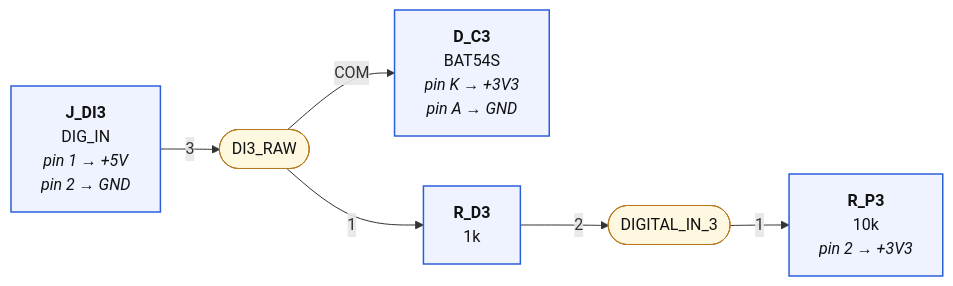
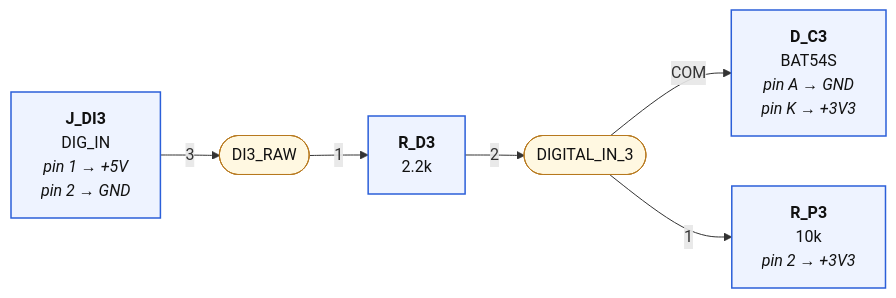
Before and after one commit to mrwillson2u/propmesh: the third of 6 diagrams in hardware/pro/sheets/07-sensors-expansion.diagram.md, drawn with Mermaid. The commit also changed other lines of this file and 59 other files, not shown here.

````diff
--- a/hardware/pro/sheets/07-sensors-expansion.diagram.md
+++ b/hardware/pro/sheets/07-sensors-expansion.diagram.md
@@ -67,21 +67,21 @@
 ```mermaid
 graph LR
   classDef part fill:#eef3ff,stroke:#2b5fd9,stroke-width:1.5px,color:#111
   classDef net fill:#fff8e1,stroke:#b7791f,color:#111
   classDef rail fill:#ffe0b2,stroke:#e65100,stroke-width:3px,color:#111,font-weight:bold
   classDef badnet fill:#ffe0e0,stroke:#c00,stroke-width:3px,color:#111,font-weight:bold
   classDef absent fill:#fff,stroke:#c00,stroke-width:2px,stroke-dasharray:6 4,color:#c00
   classDef extra fill:#ffecec,stroke:#c00,stroke-width:2px,color:#111
   classDef dnp fill:#f5f5f5,stroke:#999,stroke-dasharray:3 3,color:#666
   N_DI3_RAW(["DI3_RAW"]):::net
   P_J_DI3["<b>J_DI3</b><br/>DIG_IN<br/><i>pin 1 → +5V</i><br/><i>pin 2 → GND</i>"]:::part
   P_J_DI3 --"3"--> N_DI3_RAW
-  P_D_C3["<b>D_C3</b><br/>BAT54S<br/><i>pin K → +3V3</i><br/><i>pin A → GND</i>"]:::part
-  N_DI3_RAW --"COM"--> P_D_C3
-  P_R_D3["<b>R_D3</b><br/>1k"]:::part
+  P_R_D3["<b>R_D3</b><br/>2.2k"]:::part
   N_DI3_RAW --"1"--> P_R_D3
   N_DIGITAL_IN_3(["DIGITAL_IN_3"]):::net
   P_R_D3 --"2"--> N_DIGITAL_IN_3
+  P_D_C3["<b>D_C3</b><br/>BAT54S<br/><i>pin A → GND</i><br/><i>pin K → +3V3</i>"]:::part
+  N_DIGITAL_IN_3 --"COM"--> P_D_C3
   P_R_P3["<b>R_P3</b><br/>10k<br/><i>pin 2 → +3V3</i>"]:::part
   N_DIGITAL_IN_3 --"1"--> P_R_P3
 ```
````
